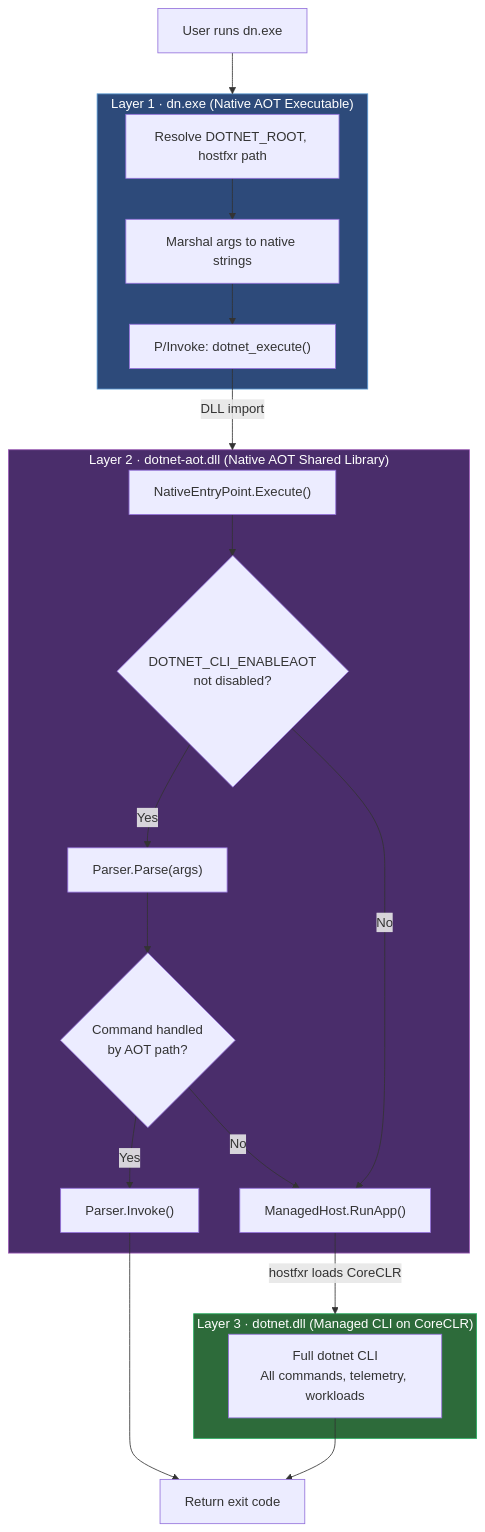
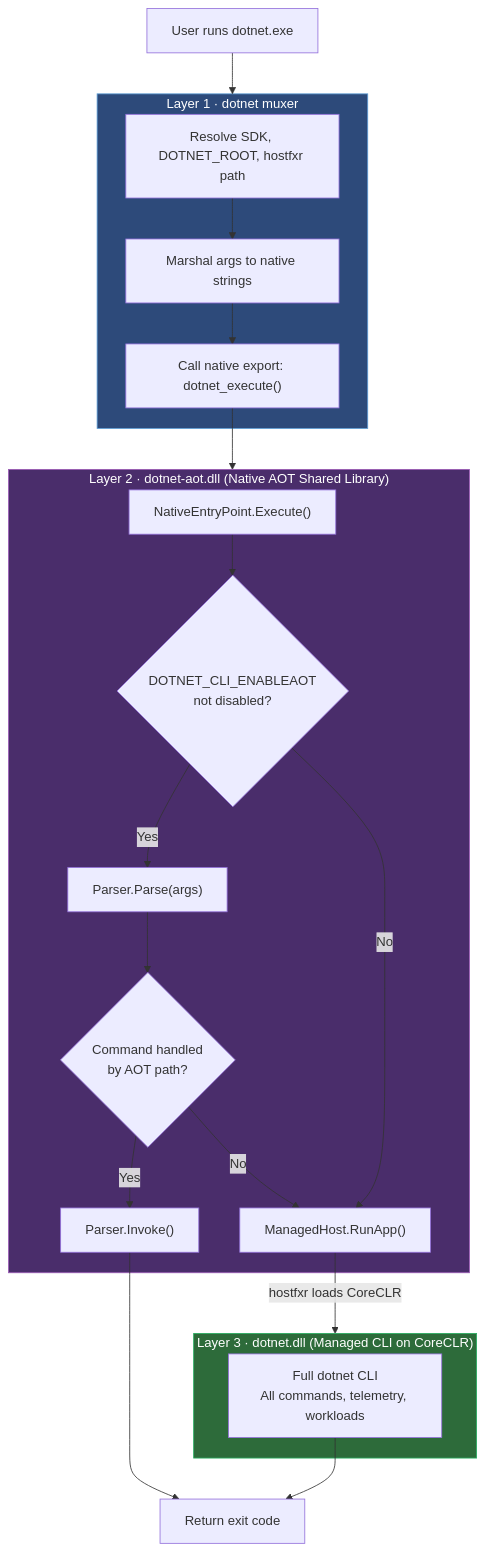
One commit to dotnet/sdk changed the first of 6 diagrams in src/Cli/dotnet-aot/DESIGN.md. Above: the diagram before and after it, drawn with Mermaid. The commit also changed other lines of this file and 1 other file, not shown here.

First line of the commit message:
Document Native AOT MSBuild and workload evaluation

````diff
--- a/src/Cli/dotnet-aot/DESIGN.md
+++ b/src/Cli/dotnet-aot/DESIGN.md
@@ -54,40 +58,40 @@
 ```mermaid
 graph TD
-    User["User runs dn.exe"] --> L1
+    User["User runs dotnet.exe"] --> L1
 
-    subgraph L1["Layer 1 · dn.exe  (Native AOT Executable)"]
-        Resolve["Resolve DOTNET_ROOT, hostfxr path"]
+    subgraph L1["Layer 1 · dotnet muxer"]
+        Resolve["Resolve SDK, DOTNET_ROOT, hostfxr path"]
         Marshal["Marshal args to native strings"]
-        PInvoke["P/Invoke: dotnet_execute()"]
-        Resolve --> Marshal --> PInvoke
+        NativeExport["Call native export: dotnet_execute()"]
+        Resolve --> Marshal --> NativeExport
     end
 
-    PInvoke -->|"DLL import"| L2
+    NativeExport --> L2
 
     subgraph L2["Layer 2 · dotnet-aot.dll  (Native AOT Shared Library)"]
         Entry["NativeEntryPoint.Execute()"]
         AotCheck{"DOTNET_CLI_ENABLEAOT<br/>not disabled?"}
         Parse["Parser.Parse(args)"]
         Fast{"Command handled<br/>by AOT path?"}
         Invoke["Parser.Invoke()"]
         HostInit["ManagedHost.RunApp()"]
         Entry --> AotCheck
         AotCheck -- "Yes" --> Parse --> Fast
         AotCheck -- "No" --> HostInit
         Fast -- "Yes" --> Invoke
         Fast -- "No" --> HostInit
     end
 
     Invoke --> Done["Return exit code"]
     HostInit -->|"hostfxr loads CoreCLR"| L3
 
     subgraph L3["Layer 3 · dotnet.dll  (Managed CLI on CoreCLR)"]
         FullCLI["Full dotnet CLI<br/>All commands, telemetry, workloads"]
     end
 
     FullCLI --> Done
 
     style L1 fill:#2d4a7a,stroke:#5b9bd5,color:#fff
     style L2 fill:#4a2d6b,stroke:#9b59b6,color:#fff
     style L3 fill:#2d6b3a,stroke:#27ae60,color:#fff
 ```
````
